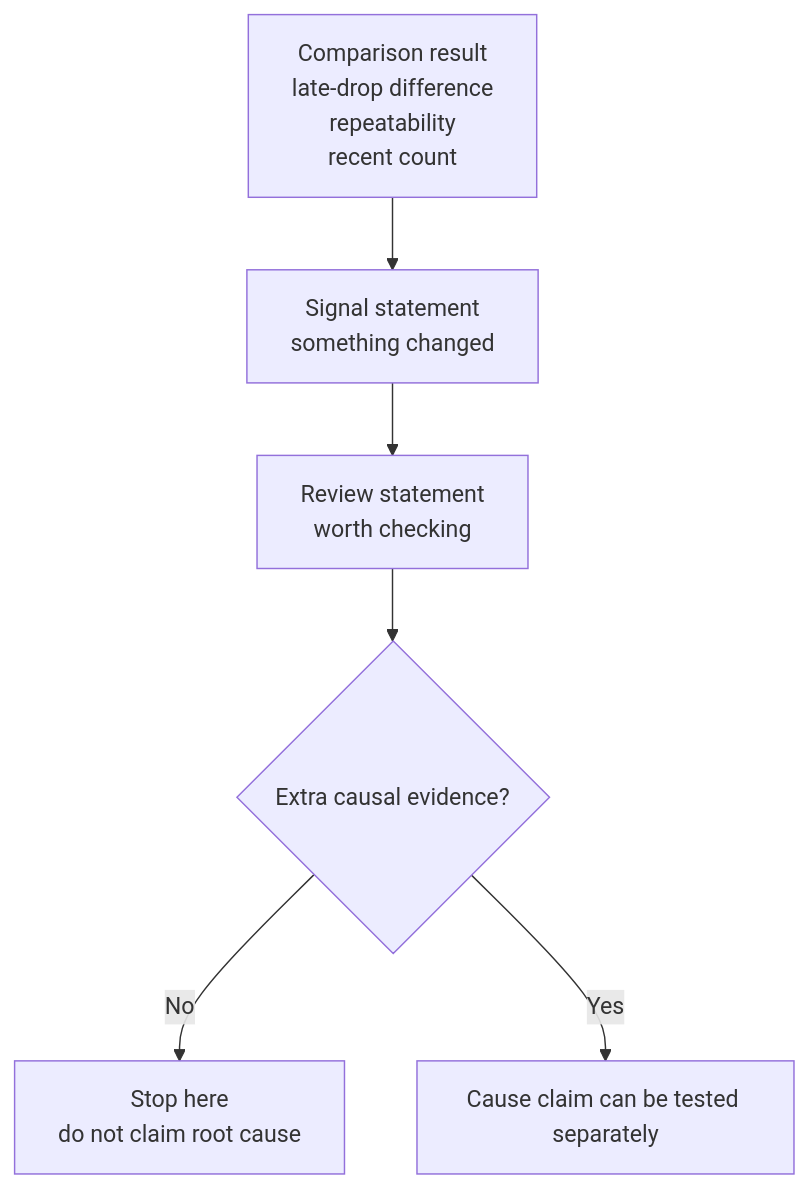
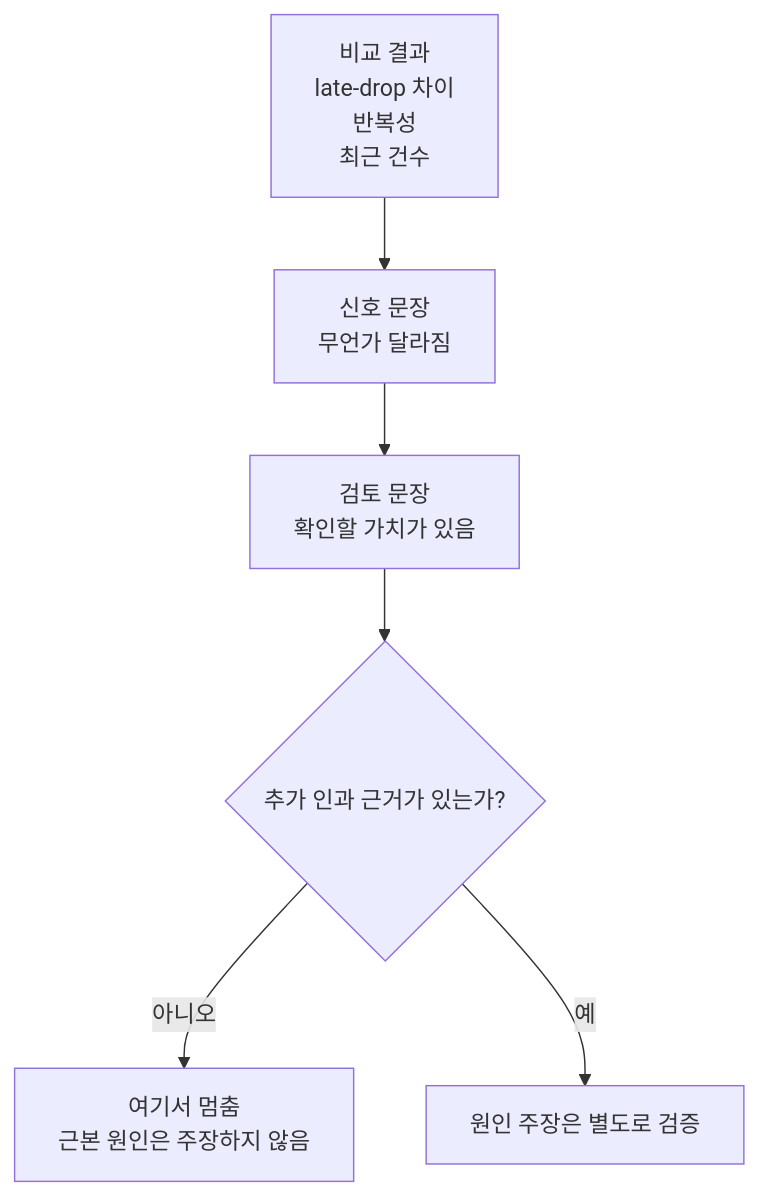
Before and after one commit to devchan64/AiBook: the diagram in docs/parts/part-03/chapter-08/section-02.md, drawn with Mermaid. The commit also changed 45 other files, not shown here.

Commit message:
docs: localize part 3 mermaid diagrams

````diff
--- a/docs/parts/part-03/chapter-08/section-02.md
+++ b/docs/parts/part-03/chapter-08/section-02.md
@@ -59,9 +59,9 @@
 ```mermaid
 flowchart TD
-    A[Comparison result<br/>late-drop difference<br/>repeatability<br/>recent count]
-    A --> B[Signal statement<br/>something changed]
-    B --> C[Review statement<br/>worth checking]
-    C --> D{Extra causal evidence?}
-    D -->|No| E[Stop here<br/>do not claim root cause]
-    D -->|Yes| F[Cause claim can be tested separately]
+    A[비교 결과<br/>late-drop 차이<br/>반복성<br/>최근 건수]
+    A --> B[신호 문장<br/>무언가 달라짐]
+    B --> C[검토 문장<br/>확인할 가치가 있음]
+    C --> D{추가 인과 근거가 있는가?}
+    D -->|아니오| E[여기서 멈춤<br/>근본 원인은 주장하지 않음]
+    D -->|예| F[원인 주장은 별도로 검증]
 ```
````
